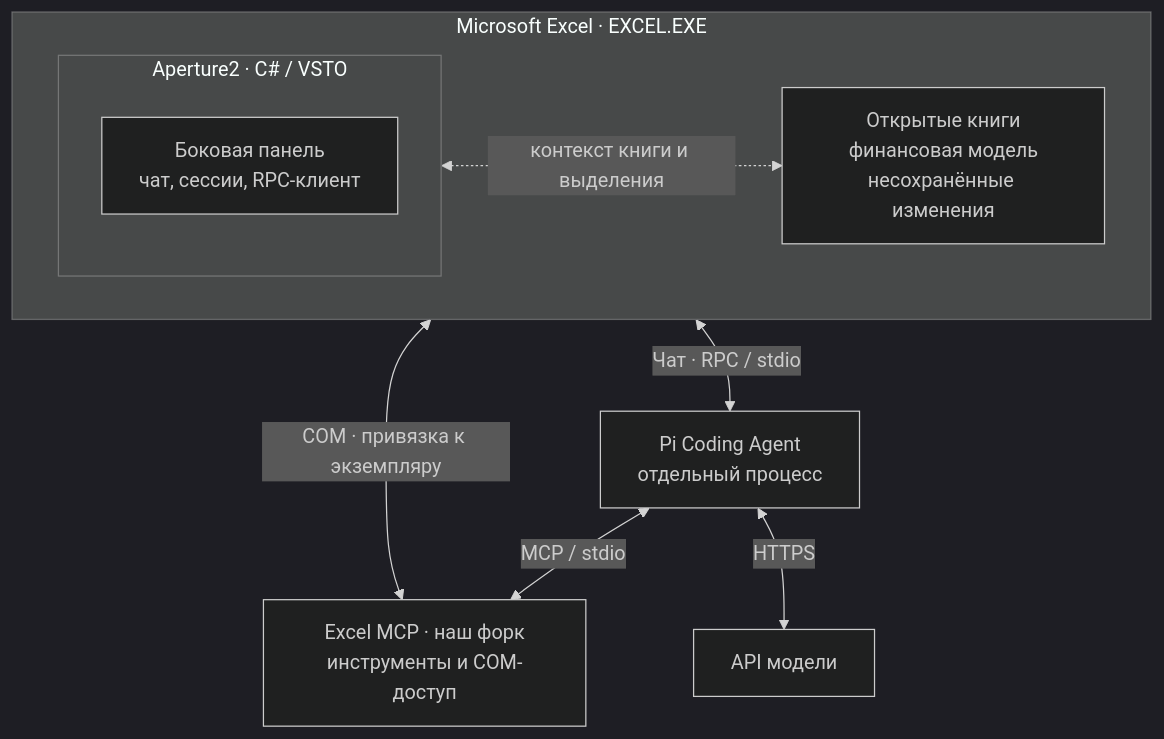
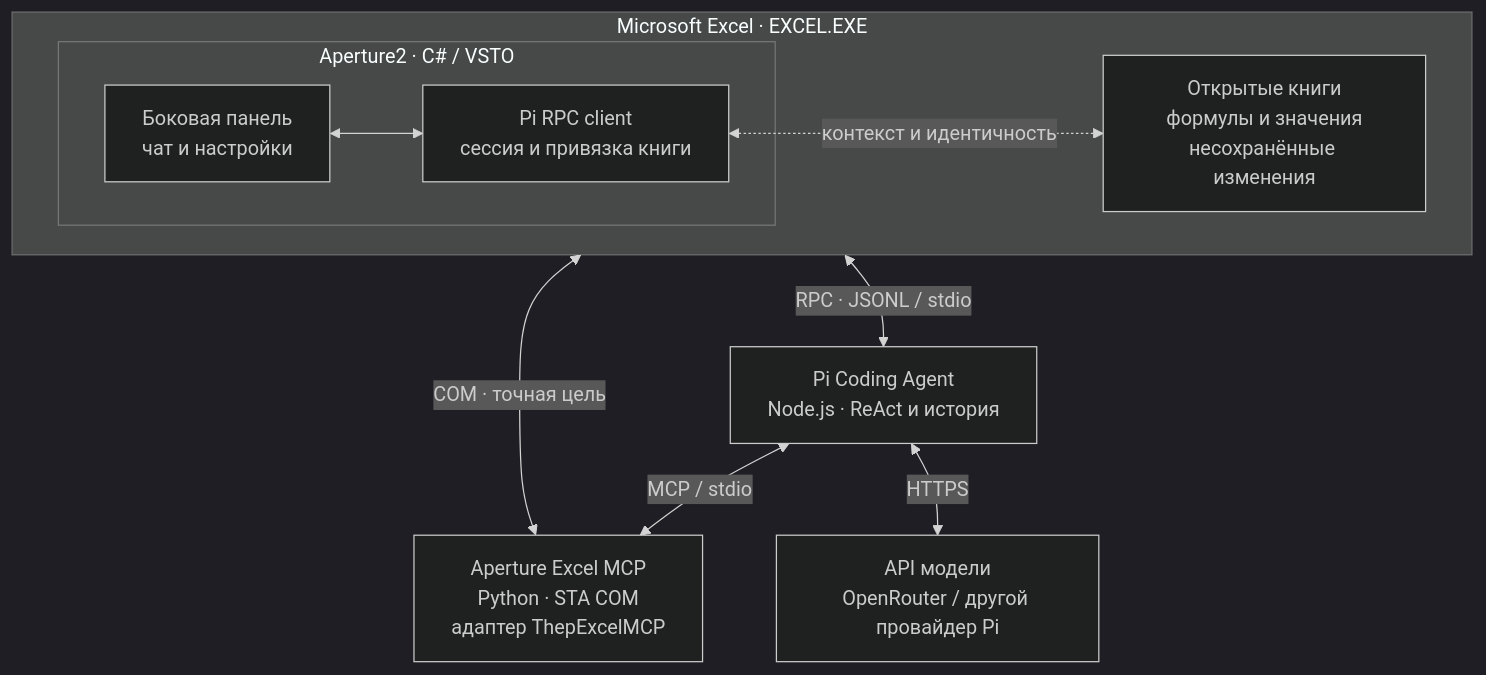
Before and after one commit to vladikMSU/Aperture2: the diagram in README.md, drawn with Mermaid (dark theme). The commit also changed other lines of this file and 47 other files, not shown here.

Commit message:
Build Excel VSTO harness with Pi RPC and live MCP tools

````diff
--- a/README.md
+++ b/README.md
@@ -28,20 +56,20 @@
 ```mermaid
 flowchart TB
   subgraph EXCEL["Microsoft Excel · EXCEL.EXE"]
     direction LR
     subgraph VSTO["Aperture2 · C# / VSTO"]
-      direction TB
-      PANEL["Боковая панель<br/>чат, сессии, RPC-клиент"]
+      PANEL["Боковая панель<br/>чат и настройки"]
+      CLIENT["Pi RPC client<br/>сессия и привязка книги"]
+      PANEL <--> CLIENT
     end
-    BOOKS["Открытые книги<br/>финансовая модель<br/>несохранённые изменения"]
-    PANEL <-.->|"контекст книги и выделения"| BOOKS
+    BOOKS["Открытые книги<br/>формулы и значения<br/>несохранённые изменения"]
+    CLIENT <-.->|"контекст и идентичность"| BOOKS
   end
-  PI["Pi Coding Agent<br/>отдельный процесс"]
-  MCP["Excel MCP · наш форк<br/>инструменты и COM-доступ"]
-  LLM["API модели"]
-
-  VSTO <-->|"Чат · RPC / stdio"| PI
-  EXCEL <-->|"COM · привязка к экземпляру"| MCP
+  PI["Pi Coding Agent<br/>Node.js · ReAct и история"]
+  MCP["Aperture Excel MCP<br/>Python · STA COM<br/>адаптер ThepExcelMCP"]
+  LLM["API модели<br/>OpenRouter / другой провайдер Pi"]
+  CLIENT <-->|"RPC · JSONL / stdio"| PI
   PI <-->|"MCP / stdio"| MCP
+  MCP <-->|"COM · точная цель"| BOOKS
   PI <-->|"HTTPS"| LLM
 ```
````
